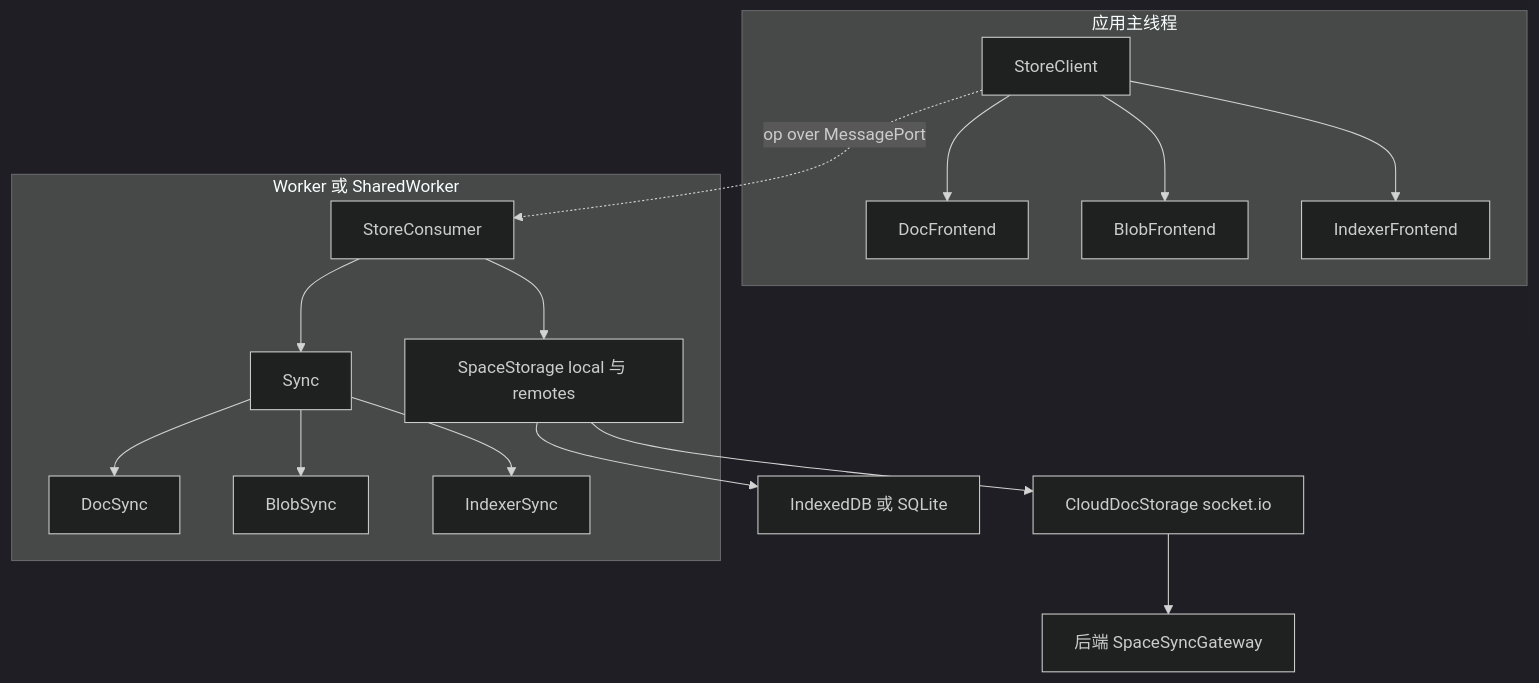
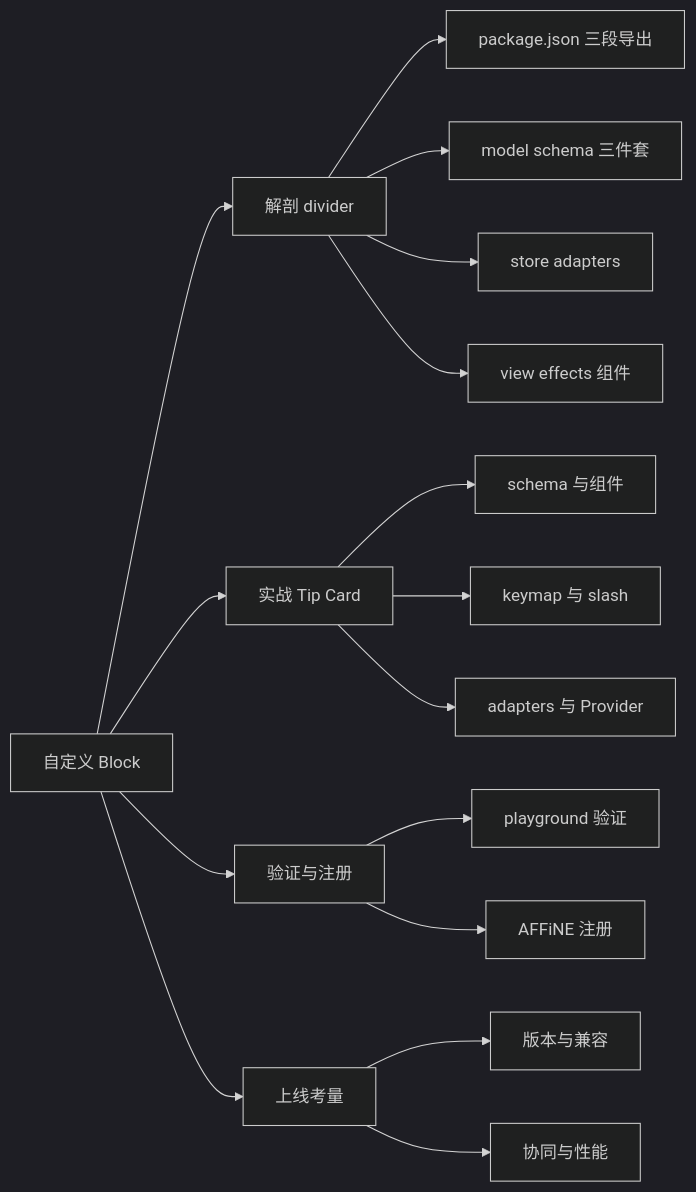
Before and after one commit to lfire/AFFiNE: the first of 2 diagrams in learning-guide/slides/decks/19.md, drawn with Mermaid (dark theme). The commit also changed other lines of this file and 73 other files, not shown here.

````diff
--- a/learning-guide/slides/decks/19.md
+++ b/learning-guide/slides/decks/19.md
@@ -33,19 +44,18 @@
 ```mermaid
-flowchart TB
-  subgraph App["应用主线程"]
-    SC["StoreClient"] --> DF["DocFrontend"]
-    SC --> BF["BlobFrontend"]
-    SC --> IF["IndexerFrontend"]
-  end
-  subgraph Worker["Worker 或 SharedWorker"]
-    STC["StoreConsumer"] --> SS["SpaceStorage local 与 remotes"]
-    STC --> SY["Sync"]
-    SY --> DS["DocSync"]
-    SY --> BS["BlobSync"]
-    SY --> IS["IndexerSync"]
-  end
-  SC -. op over MessagePort .-> STC
-  SS --> IDB["IndexedDB 或 SQLite"]
-  SS --> Cloud["CloudDocStorage socket.io"]
-  Cloud --> GW["后端 SpaceSyncGateway"]
+flowchart LR
+  ROOT["自定义 Block"] --> A["解剖 divider"]
+  ROOT --> B["实战 Tip Card"]
+  ROOT --> C["验证与注册"]
+  ROOT --> D["上线考量"]
+  A --> A1["package.json 三段导出"]
+  A --> A2["model schema 三件套"]
+  A --> A3["store adapters"]
+  A --> A4["view effects 组件"]
+  B --> B1["schema 与组件"]
+  B --> B2["keymap 与 slash"]
+  B --> B3["adapters 与 Provider"]
+  C --> C1["playground 验证"]
+  C --> C2["AFFiNE 注册"]
+  D --> D1["版本与兼容"]
+  D --> D2["协同与性能"]
 ```
````
